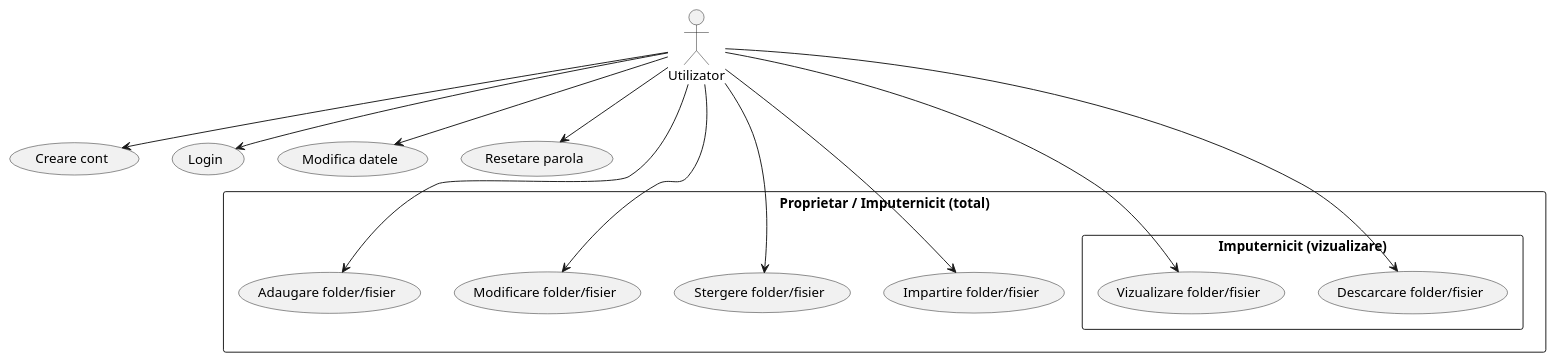
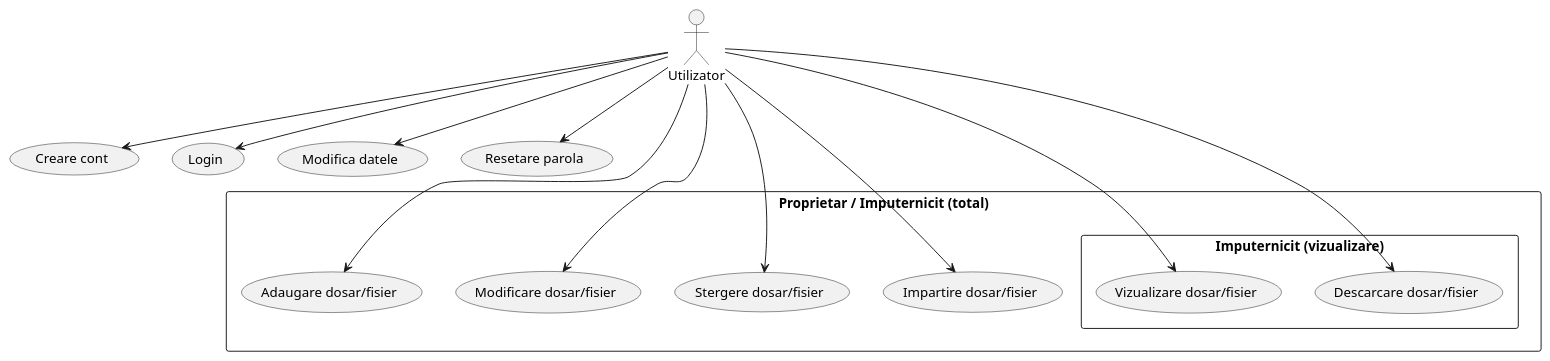
One commit to adrianvlupu/proiect-metode-devoltare-software changed the diagram in usecase.puml. Above: the diagram before and after it, drawn with PlantUML. The commit also changed 2 other files, not shown here.

Commit message:
class diagram

```diff
--- a/usecase.puml
+++ b/usecase.puml
@@ -1,19 +1,19 @@
 @startuml
 
 Utilizator --> (Creare cont)
 Utilizator --> (Login)
 Utilizator --> (Modifica datele)
 Utilizator --> (Resetare parola)
 
 rectangle "Proprietar / Imputernicit (total)" as Proprietar {
-    Utilizator --> (Adaugare folder/fisier)
-    Utilizator --> (Modificare folder/fisier)
-    Utilizator --> (Stergere folder/fisier)
-    Utilizator --> (Impartire folder/fisier)
+    Utilizator --> (Adaugare dosar/fisier)
+    Utilizator --> (Modificare dosar/fisier)
+    Utilizator --> (Stergere dosar/fisier)
+    Utilizator --> (Impartire dosar/fisier)
     rectangle "Imputernicit (vizualizare)" as Imputernicit {
-        Utilizator ---> (Vizualizare folder/fisier)
-        Utilizator ---> (Descarcare folder/fisier)
+        Utilizator ---> (Vizualizare dosar/fisier)
+        Utilizator ---> (Descarcare dosar/fisier)
     }
 }
 
 @enduml
```
